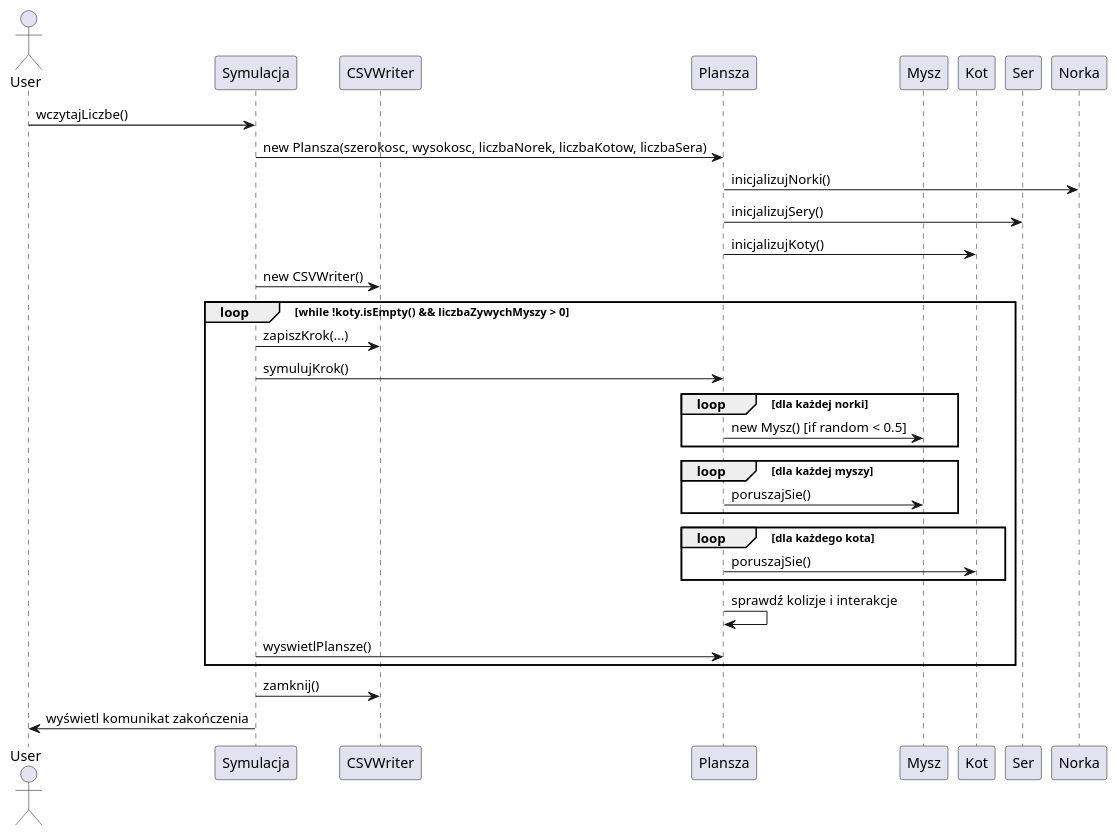
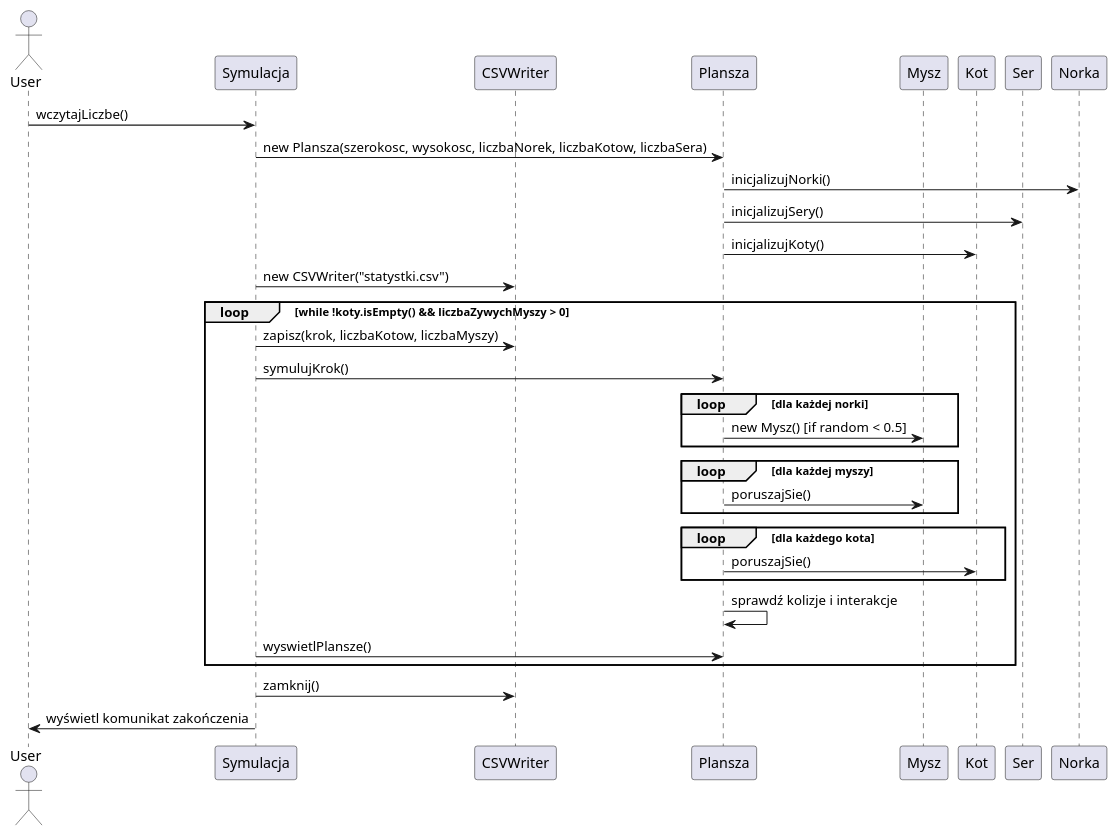
Before and after one commit to rochmir/symulacja_agentowa1: the diagram in diagram_sekwencji.puml, drawn with PlantUML. The commit also changed 6 other files, not shown here.

```diff
--- a/diagram_sekwencji.puml
+++ b/diagram_sekwencji.puml
@@ -1,37 +1,37 @@
 @startuml
 actor User
 participant Symulacja
 participant CSVWriter
 participant Plansza
 participant Mysz
 participant Kot
 participant Ser
 participant Norka
 
 User -> Symulacja: wczytajLiczbe()
 Symulacja -> Plansza: new Plansza(szerokosc, wysokosc, liczbaNorek, liczbaKotow, liczbaSera)
 Plansza -> Norka: inicjalizujNorki()
 Plansza -> Ser: inicjalizujSery()
 Plansza -> Kot: inicjalizujKoty()
-Symulacja -> CSVWriter: new CSVWriter()
+Symulacja -> CSVWriter: new CSVWriter("statystki.csv")
 
 loop while !koty.isEmpty() && liczbaZywychMyszy > 0
-    Symulacja -> CSVWriter: zapiszKrok(...)
+    Symulacja -> CSVWriter: zapisz(krok, liczbaKotow, liczbaMyszy)
     Symulacja -> Plansza: symulujKrok()
     loop dla każdej norki
         Plansza -> Mysz: new Mysz() [if random < 0.5]
     end
     loop dla każdej myszy
         Plansza -> Mysz: poruszajSie()
     end
     loop dla każdego kota
         Plansza -> Kot: poruszajSie()
     end
     Plansza -> Plansza: sprawdź kolizje i interakcje
     Symulacja -> Plansza: wyswietlPlansze()
 end
 
 Symulacja -> CSVWriter: zamknij()
 Symulacja -> User: wyświetl komunikat zakończenia
 
 @enduml
```
